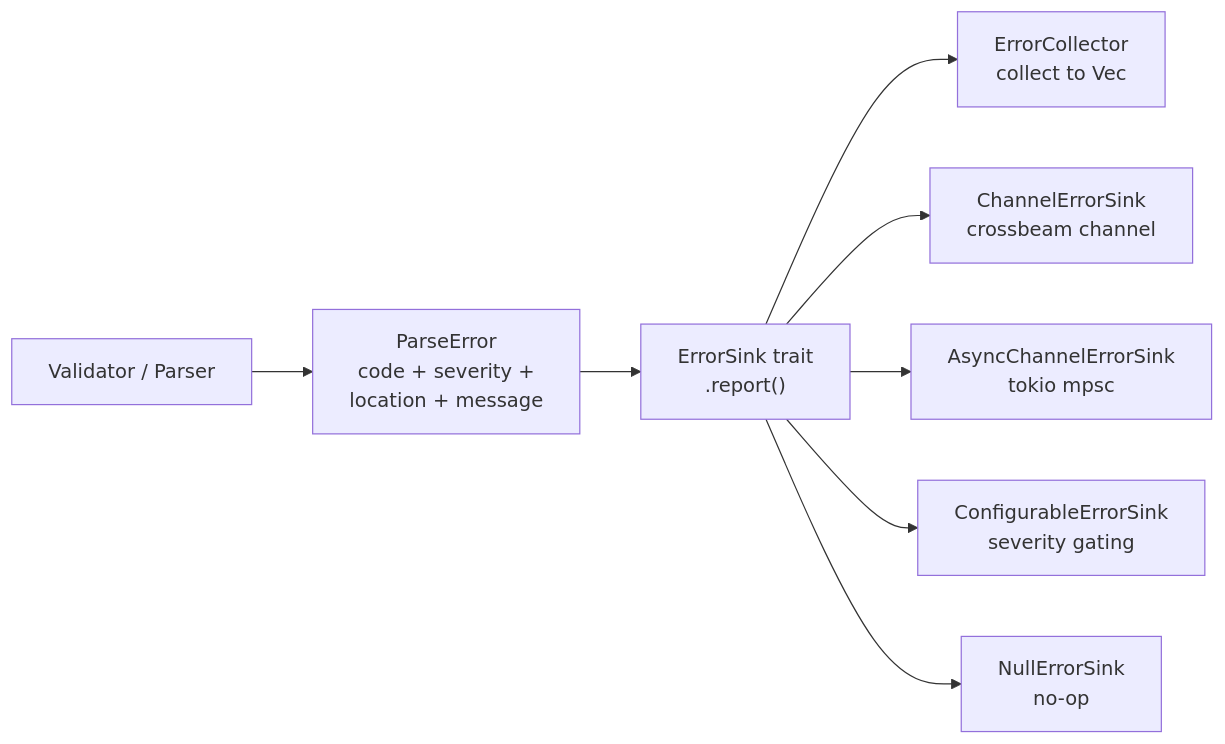
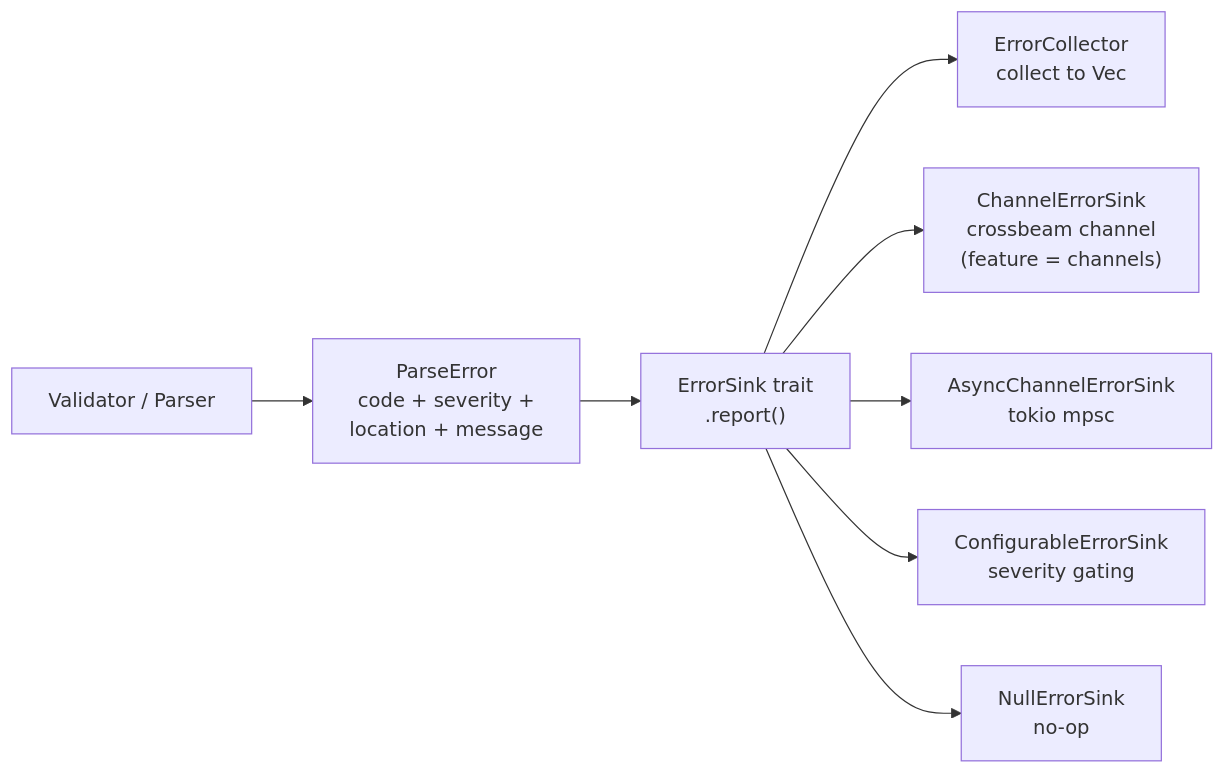
The diagram in book/src/architecture/error-system.md (TalkBank/talkbank-tools), drawn with Mermaid before and after one commit. The commit also changed other lines of this file and 133 other files, not shown here.

First line of the commit message:
feat: doc overhaul, spec tooling, xtask for rearchitecture

````diff
--- a/book/src/architecture/error-system.md
+++ b/book/src/architecture/error-system.md
@@ -68,14 +68,14 @@
 ```mermaid
 flowchart LR
     val["Validator / Parser"]
     pe["ParseError\ncode + severity +\nlocation + message"]
     sink["ErrorSink trait\n.report()"]
     vec["ErrorCollector\ncollect to Vec"]
-    chan["ChannelErrorSink\ncrossbeam channel"]
+    chan["ChannelErrorSink\ncrossbeam channel\n(feature = channels)"]
     asyncchan["AsyncChannelErrorSink\ntokio mpsc"]
     cfg["ConfigurableErrorSink\nseverity gating"]
     null["NullErrorSink\nno-op"]
 
     val --> pe --> sink
     sink --> vec & chan & asyncchan & cfg & null
 ```
````
